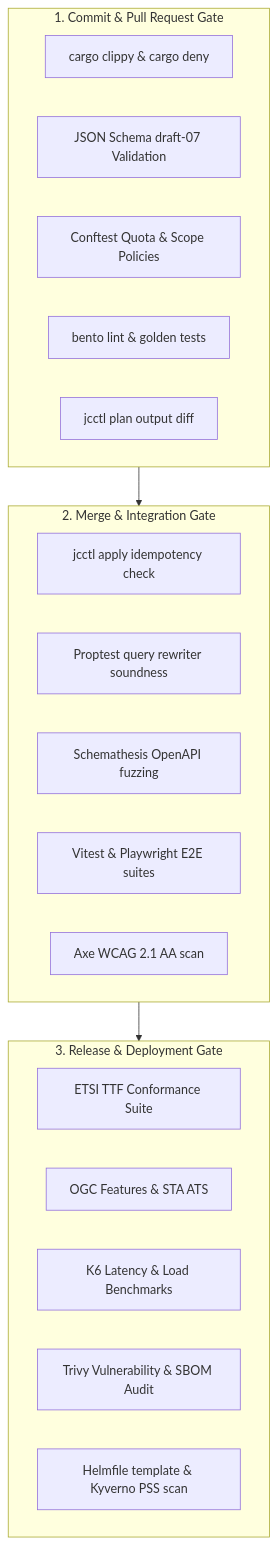
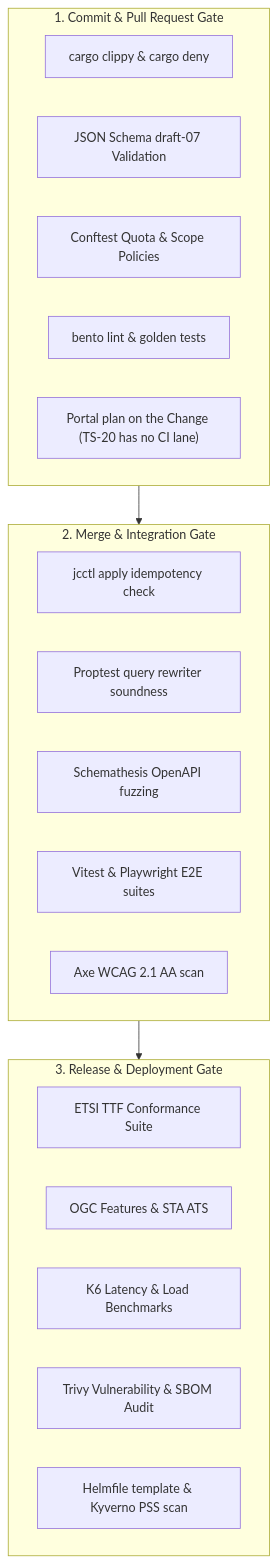
The diagram in Requirements/traceability.md (marek-mraz-jc/joinedcontext-docs), drawn with Mermaid before and after one commit. The commit also changed other lines of this file and 2 other files, not shown here.

````diff
--- a/Requirements/traceability.md
+++ b/Requirements/traceability.md
@@ -37,29 +37,29 @@
 ```mermaid
 flowchart TD
     subgraph CommitGate["1. Commit & Pull Request Gate"]
         G1["cargo clippy & cargo deny"]
         G2["JSON Schema draft-07 Validation"]
         G3["Conftest Quota & Scope Policies"]
         G4["bento lint & golden tests"]
-        G5["jcctl plan output diff"]
+        G5["Portal plan on the Change (TS-20 has no CI lane)"]
     end
 
     subgraph IntegrationGate["2. Merge & Integration Gate"]
         I1["jcctl apply idempotency check"]
         I2["Proptest query rewriter soundness"]
         I3["Schemathesis OpenAPI fuzzing"]
         I4["Vitest & Playwright E2E suites"]
         I5["Axe WCAG 2.1 AA scan"]
     end
 
     subgraph ReleaseGate["3. Release & Deployment Gate"]
         R1["ETSI TTF Conformance Suite"]
         R2["OGC Features & STA ATS"]
         R3["K6 Latency & Load Benchmarks"]
         R4["Trivy Vulnerability & SBOM Audit"]
         R5["Helmfile template & Kyverno PSS scan"]
     end
 
     CommitGate --> IntegrationGate
     IntegrationGate --> ReleaseGate
 ```
````
